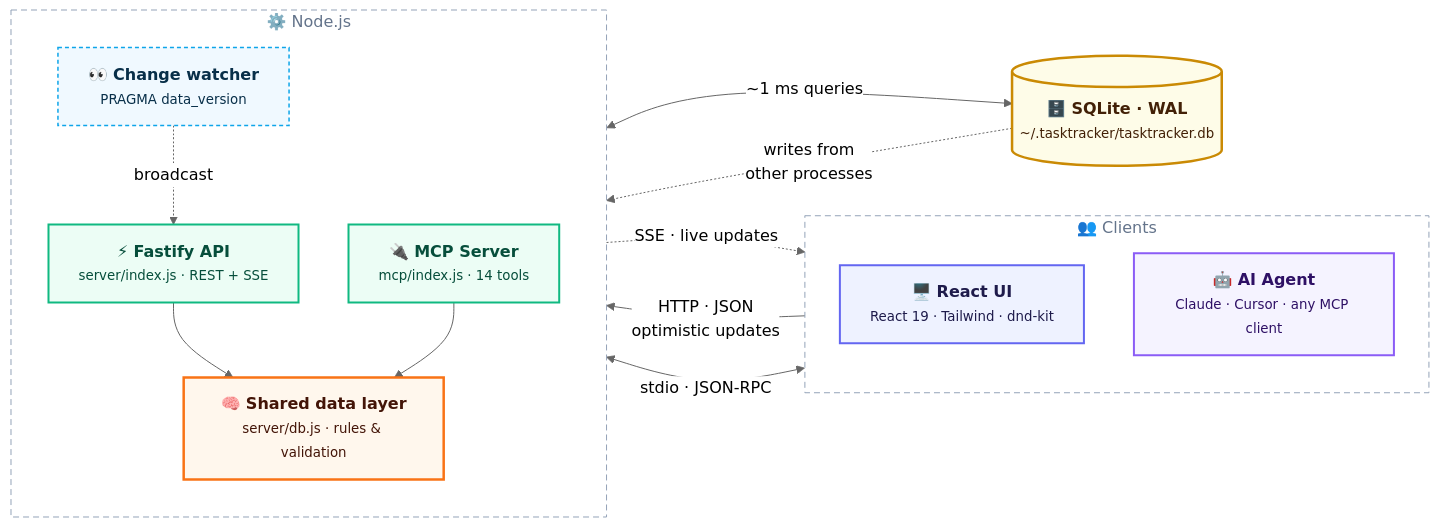
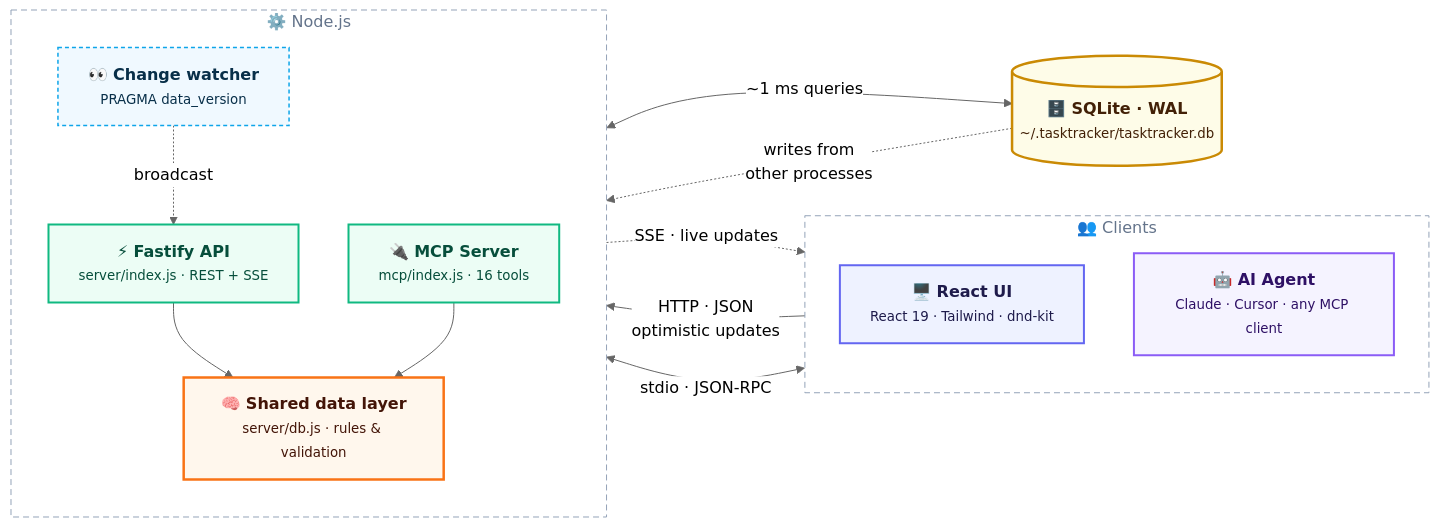
Before and after one commit to Parv17k/tasktracker: the first of 2 diagrams in README.md, drawn with Mermaid (neutral theme). The commit also changed other lines of this file and 23 other files, not shown here.

Commit message:
Add projects with a home page overview, project switcher, and project-aware MCP tools

````diff
--- a/README.md
+++ b/README.md
@@ -172,44 +187,44 @@
 ```mermaid
 flowchart LR
     subgraph clients["&nbsp;👥 Clients&nbsp;"]
         direction TB
         UI["🖥️ <b>React UI</b><br/><small>React 19 · Tailwind · dnd-kit</small>"]
         AGENT["🤖 <b>AI Agent</b><br/><small>Claude · Cursor · any MCP client</small>"]
     end
 
     subgraph node["&nbsp;⚙️ Node.js&nbsp;"]
         direction TB
         API["⚡ <b>Fastify API</b><br/><small>server/index.js · REST + SSE</small>"]
-        MCP["🔌 <b>MCP Server</b><br/><small>mcp/index.js · 14 tools</small>"]
+        MCP["🔌 <b>MCP Server</b><br/><small>mcp/index.js · 16 tools</small>"]
         CORE["🧠 <b>Shared data layer</b><br/><small>server/db.js · rules &amp; validation</small>"]
         WATCH["👀 <b>Change watcher</b><br/><small>PRAGMA data_version</small>"]
     end
 
     DB[("🗄️ <b>SQLite · WAL</b><br/><small>~/.tasktracker/tasktracker.db</small>")]
 
     UI -->|"HTTP · JSON<br/>optimistic updates"| API
     API -.->|"SSE · live updates"| UI
     AGENT <-->|"stdio · JSON-RPC"| MCP
     API --> CORE
     MCP --> CORE
     CORE <-->|"~1 ms queries"| DB
     DB -.->|"writes from<br/>other processes"| WATCH
     WATCH -.->|"broadcast"| API
 
     classDef client fill:#eef2ff,stroke:#6366f1,stroke-width:2px,color:#1e1b4b
     classDef agent fill:#f5f3ff,stroke:#8b5cf6,stroke-width:2px,color:#2e1065
     classDef server fill:#ecfdf5,stroke:#10b981,stroke-width:2px,color:#064e3b
     classDef core fill:#fff7ed,stroke:#f97316,stroke-width:2.5px,color:#431407
     classDef watch fill:#f0f9ff,stroke:#0ea5e9,stroke-width:1.5px,stroke-dasharray:4 3,color:#082f49
     classDef db fill:#fefce8,stroke:#ca8a04,stroke-width:2.5px,color:#422006
 
     class UI client
     class AGENT agent
     class API,MCP server
     class CORE core
     class WATCH watch
     class DB db
 
     style clients fill:transparent,stroke:#94a3b8,stroke-width:1px,stroke-dasharray:6 4,color:#64748b
     style node fill:transparent,stroke:#94a3b8,stroke-width:1px,stroke-dasharray:6 4,color:#64748b
 ```
````
